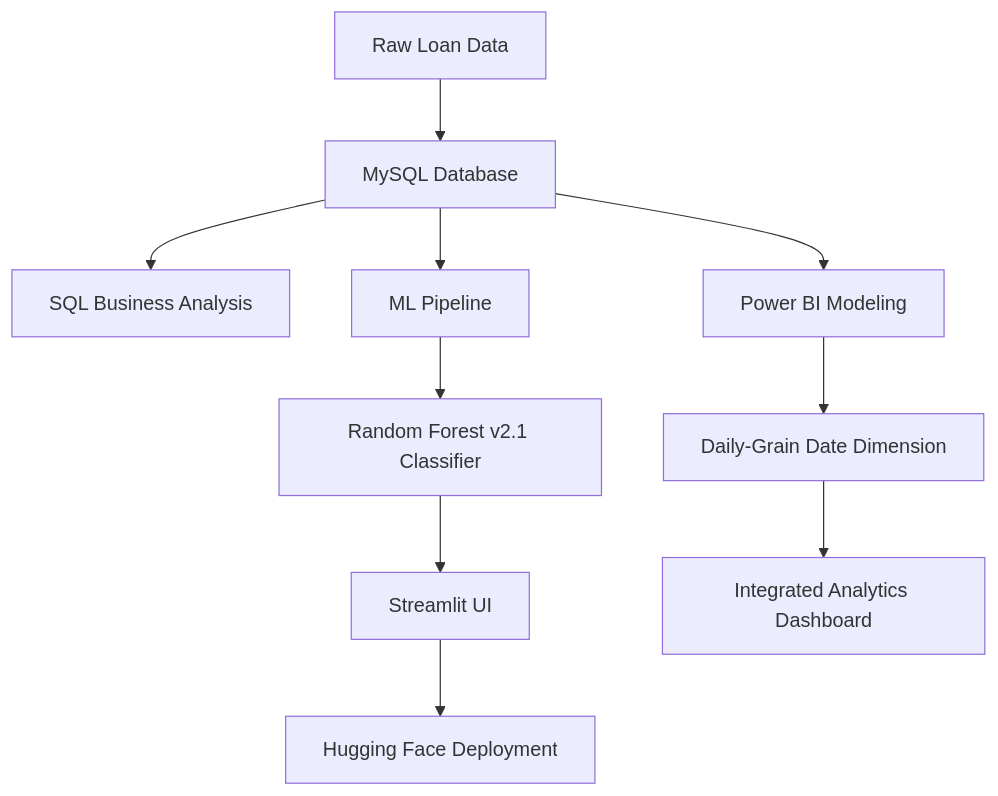
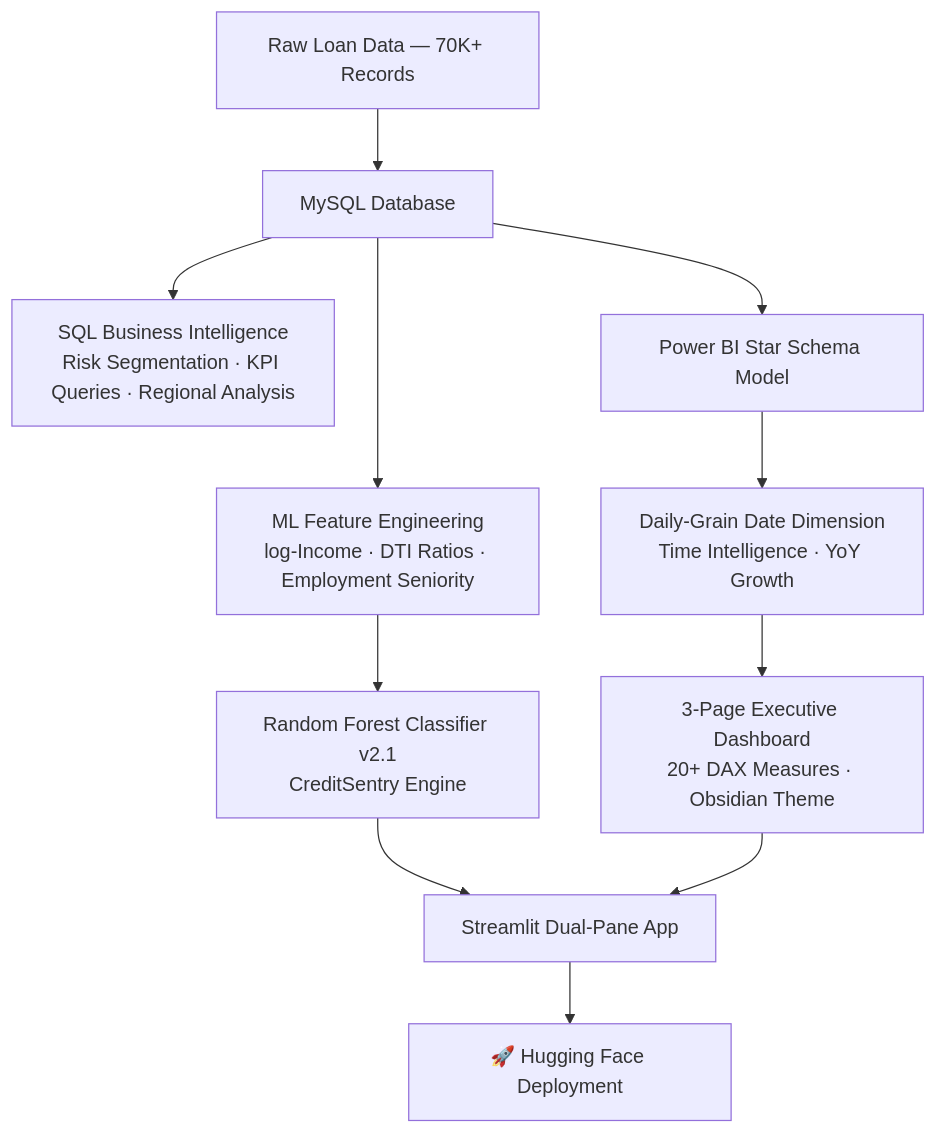
One commit to ajaya-kumar-pradhan/Loan-Approval-Credit-Risk-Analytics-System changed the diagram in README.md. Above: the diagram before and after it, drawn with Mermaid. The commit also changed other lines of this file, not shown here.

````diff
--- a/README.md
+++ b/README.md
@@ -28,12 +124,13 @@
 ```mermaid
 flowchart TD
-    A[Raw Loan Data] --> B[MySQL Database]
-    B --> C[SQL Business Analysis]
-    B --> D[Power BI Modeling]
-    D --> E[Daily-Grain Date Dimension]
-    B --> F[ML Pipeline]
-    F --> G[Random Forest v2.1 Classifier]
-    G --> H[Streamlit UI]
-    E --> I[Integrated Analytics Dashboard]
-    H --> J[Hugging Face Deployment]
+    A[Raw Loan Data — 70K+ Records] --> B[MySQL Database]
+    B --> C[SQL Business Intelligence<br/>Risk Segmentation · KPI Queries · Regional Analysis]
+    B --> D[Power BI Star Schema Model]
+    D --> E[Daily-Grain Date Dimension<br/>Time Intelligence · YoY Growth]
+    B --> F[ML Feature Engineering<br/>log-Income · DTI Ratios · Employment Seniority]
+    F --> G[Random Forest Classifier v2.1<br/>CreditSentry Engine]
+    E --> H[3-Page Executive Dashboard<br/>20+ DAX Measures · Obsidian Theme]
+    G --> I[Streamlit Dual-Pane App]
+    H --> I
+    I --> J[🚀 Hugging Face Deployment]
 ```
````
